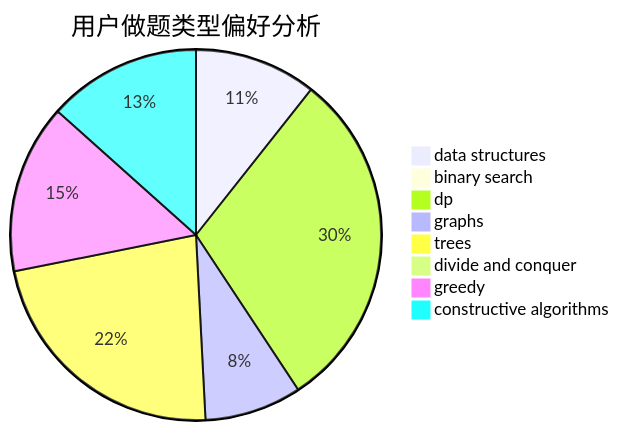
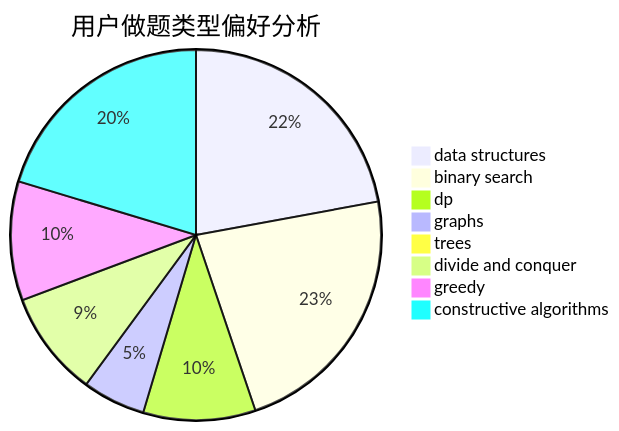
The second of 3 diagrams in docs/user/u851.md (sherpahu/cfrs.github.io), drawn with Mermaid before and after one commit. The commit also changed other lines of this file and 2770 other files, not shown here.

````diff
--- a/docs/user/u851.md
+++ b/docs/user/u851.md
@@ -23,11 +23,11 @@
 ```mermaid
 pie title 用户做题类型偏好分析
-    "data structures" :  39
-    "binary search" :  3
-    "dp" :  110
-    "graphs" :  31
-    "trees" :  83
-    "divide and conquer" :  0
-    "greedy" :  54
-    "constructive algorithms" :  49
+    "data structures" :  149
+    "binary search" :  153
+    "dp" :  66
+    "graphs" :  37
+    "trees" :  0
+    "divide and conquer" :  62
+    "greedy" :  70
+    "constructive algorithms" :  137
 ```
````
